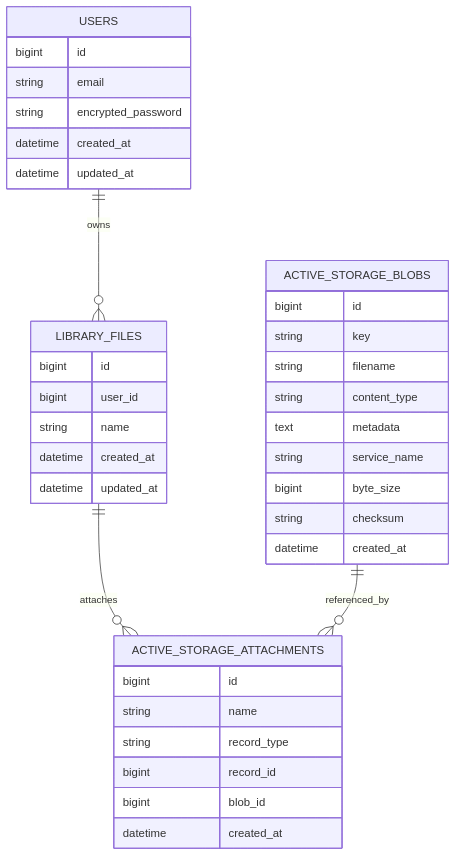
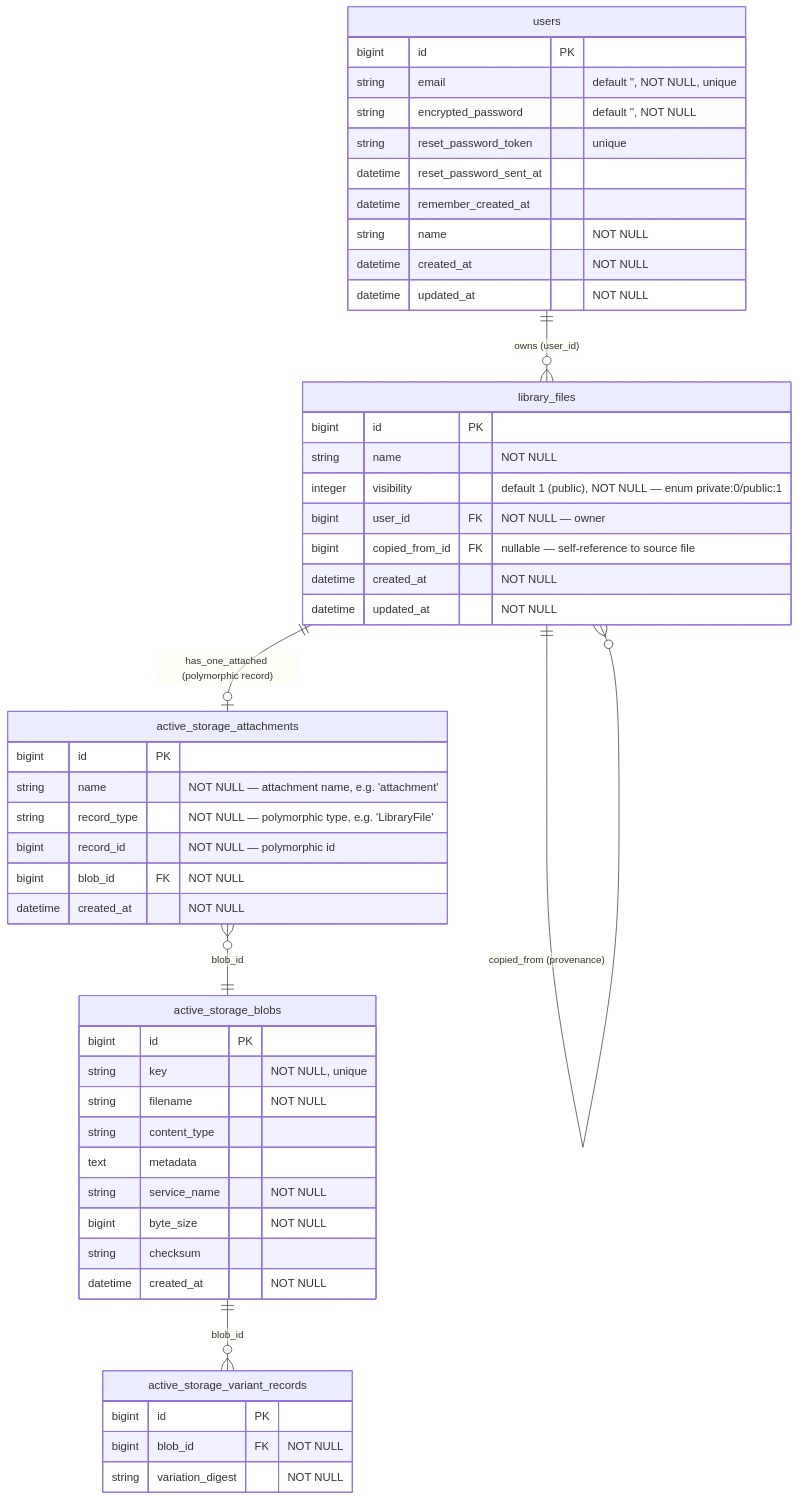
One commit to martin-mfv/library_web changed the diagram in docs/architecture/erd.md. Above: the diagram before and after it, drawn with Mermaid. The commit also changed other lines of this file and 2 other files, not shown here.

Commit message:
docs: update README and ERD for clarity and improved structure; remove outdated sections

````diff
--- a/docs/architecture/erd.md
+++ b/docs/architecture/erd.md
@@ -46,43 +8,57 @@
 ```mermaid
 erDiagram
-    USERS ||--o{ LIBRARY_FILES : owns
-    LIBRARY_FILES ||--o{ ACTIVE_STORAGE_ATTACHMENTS : attaches
-    ACTIVE_STORAGE_BLOBS ||--o{ ACTIVE_STORAGE_ATTACHMENTS : referenced_by
+    users ||--o{ library_files : "owns (user_id)"
+    library_files ||--o{ library_files : "copied_from (provenance)"
+    library_files ||--o| active_storage_attachments : "has_one_attached (polymorphic record)"
+    active_storage_attachments }o--|| active_storage_blobs : "blob_id"
+    active_storage_blobs ||--o{ active_storage_variant_records : "blob_id"
 
-    USERS {
-        bigint id
-        string email
-        string encrypted_password
-        datetime created_at
-        datetime updated_at
+    users {
+        bigint   id                     PK
+        string   email                   "default '', NOT NULL, unique"
+        string   encrypted_password      "default '', NOT NULL"
+        string   reset_password_token    "unique"
+        datetime reset_password_sent_at
+        datetime remember_created_at
+        string   name                    "NOT NULL"
+        datetime created_at              "NOT NULL"
+        datetime updated_at              "NOT NULL"
     }
 
-    LIBRARY_FILES {
-        bigint id
-        bigint user_id
-        string name
-        datetime created_at
-        datetime updated_at
+    library_files {
+        bigint   id                PK
+        string   name              "NOT NULL"
+        integer  visibility        "default 1 (public), NOT NULL — enum private:0/public:1"
+        bigint   user_id           FK "NOT NULL — owner"
+        bigint   copied_from_id    FK "nullable — self-reference to source file"
+        datetime created_at        "NOT NULL"
+        datetime updated_at        "NOT NULL"
     }
 
-    ACTIVE_STORAGE_BLOBS {
-        bigint id
-        string key
-        string filename
-        string content_type
-        text metadata
-        string service_name
-        bigint byte_size
-        string checksum
-        datetime created_at
+    active_storage_attachments {
+        bigint   id           PK
+        string   name         "NOT NULL — attachment name, e.g. 'attachment'"
+        string   record_type  "NOT NULL — polymorphic type, e.g. 'LibraryFile'"
+        bigint   record_id    "NOT NULL — polymorphic id"
+        bigint   blob_id      FK "NOT NULL"
+        datetime created_at   "NOT NULL"
     }
 
-    ACTIVE_STORAGE_ATTACHMENTS {
-        bigint id
-        string name
-        string record_type
-        bigint record_id
-        bigint blob_id
-        datetime created_at
+    active_storage_blobs {
+        bigint   id            PK
+        string   key           "NOT NULL, unique"
+        string   filename      "NOT NULL"
+        string   content_type
+        text     metadata
+        string   service_name  "NOT NULL"
+        bigint   byte_size     "NOT NULL"
+        string   checksum
+        datetime created_at    "NOT NULL"
+    }
+
+    active_storage_variant_records {
+        bigint   id                PK
+        bigint   blob_id           FK "NOT NULL"
+        string   variation_digest  "NOT NULL"
     }
 ```
````
